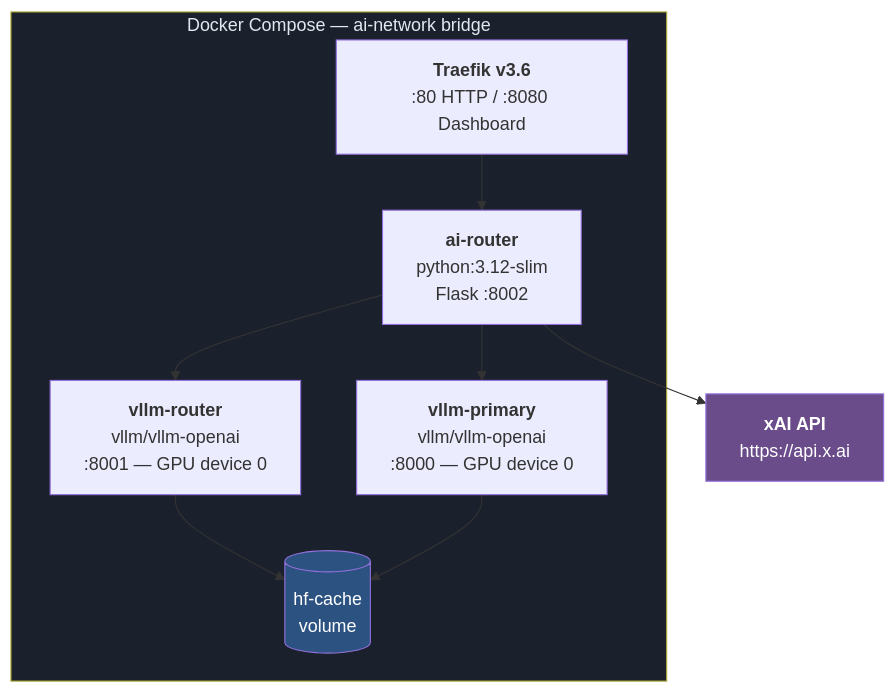
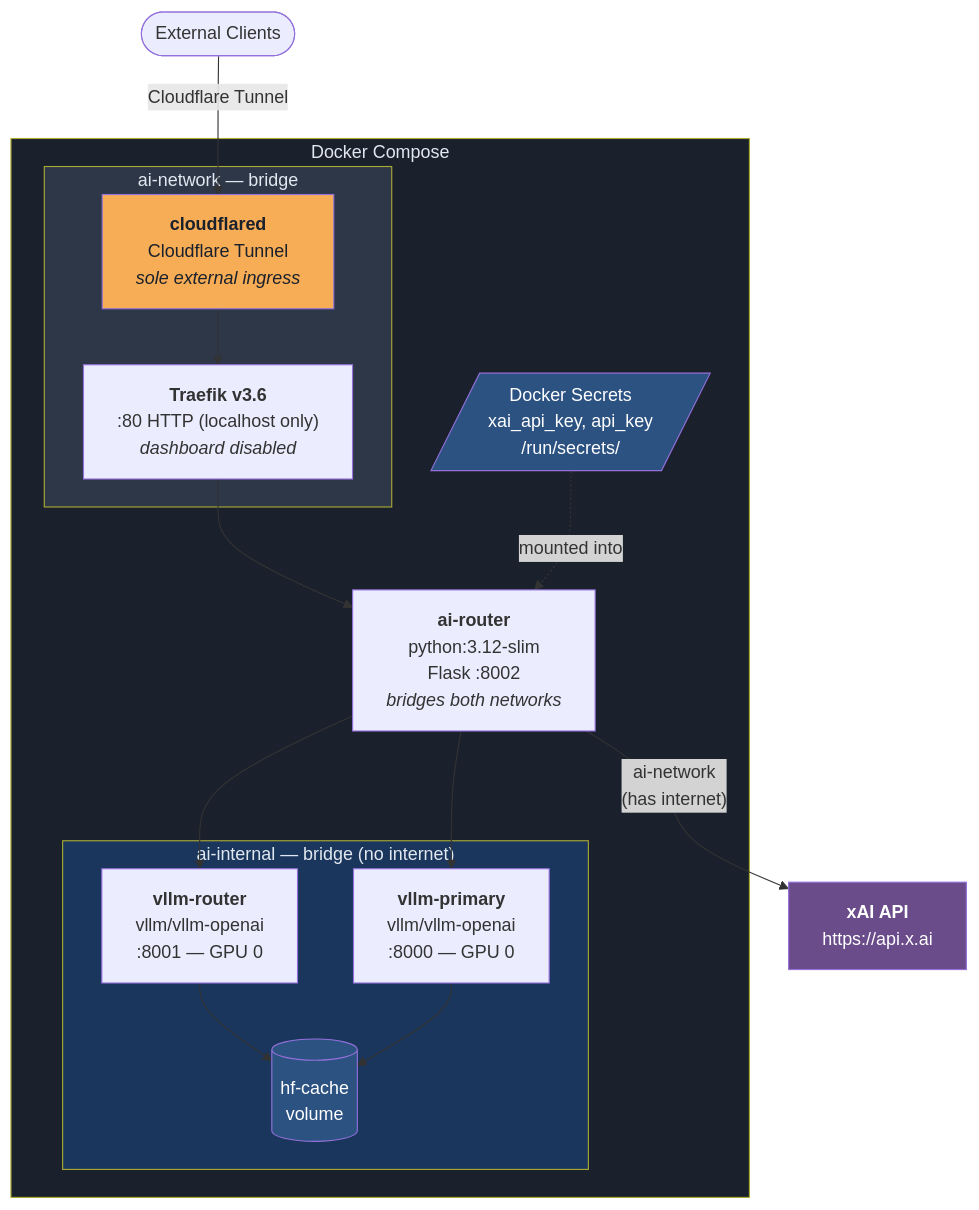
One commit to nominalgeek/ai-router changed the fourth of 4 diagrams in docs/architecture.md. Above: the diagram before and after it, drawn with Mermaid. The commit also changed 5 other files, not shown here.

````diff
--- a/docs/architecture.md
+++ b/docs/architecture.md
@@ -122,23 +122,41 @@
 ```mermaid
 flowchart TD
-    subgraph Docker["Docker Compose — ai-network bridge"]
-        Traefik["<b>Traefik v3.6</b><br/>:80 HTTP / :8080 Dashboard"]
-        App["<b>ai-router</b><br/>python:3.12-slim<br/>Flask :8002"]
-        VLLM_R["<b>vllm-router</b><br/>vllm/vllm-openai<br/>:8001 — GPU device 0"]
-        VLLM_P["<b>vllm-primary</b><br/>vllm/vllm-openai<br/>:8000 — GPU device 0"]
-        Cache[("hf-cache<br/>volume")]
+    Internet(["External Clients"])
+
+    subgraph Docker["Docker Compose"]
+        subgraph External["ai-network — bridge"]
+            CF["<b>cloudflared</b><br/>Cloudflare Tunnel<br/><i>sole external ingress</i>"]
+            Traefik["<b>Traefik v3.6</b><br/>:80 HTTP (localhost only)<br/><i>dashboard disabled</i>"]
+        end
+
+        App["<b>ai-router</b><br/>python:3.12-slim<br/>Flask :8002<br/><i>bridges both networks</i>"]
+
+        subgraph Internal["ai-internal — bridge (no internet)"]
+            VLLM_R["<b>vllm-router</b><br/>vllm/vllm-openai<br/>:8001 — GPU 0"]
+            VLLM_P["<b>vllm-primary</b><br/>vllm/vllm-openai<br/>:8000 — GPU 0"]
+            Cache[("hf-cache<br/>volume")]
+        end
+
+        Secrets[/"Docker Secrets<br/>xai_api_key, api_key<br/>/run/secrets/"/]
     end
 
     ExtXAI["<b>xAI API</b><br/>https://api.x.ai"]
 
+    Internet -->|"Cloudflare Tunnel"| CF
+    CF --> Traefik
     Traefik --> App
     App --> VLLM_R
     App --> VLLM_P
-    App --> ExtXAI
+    App -->|"ai-network<br/>(has internet)"| ExtXAI
     VLLM_R --> Cache
     VLLM_P --> Cache
+    Secrets -.->|"mounted into"| App
 
     style Docker fill:#1a202c,color:#e2e8f0
+    style External fill:#2d3748,color:#e2e8f0
+    style Internal fill:#1a365d,color:#e2e8f0
     style ExtXAI fill:#6b4c8a,color:#fff
     style Cache fill:#2c5282,color:#fff
+    style CF fill:#f6ad55,color:#1a202c
+    style Secrets fill:#2c5282,color:#fff
 ```
````
